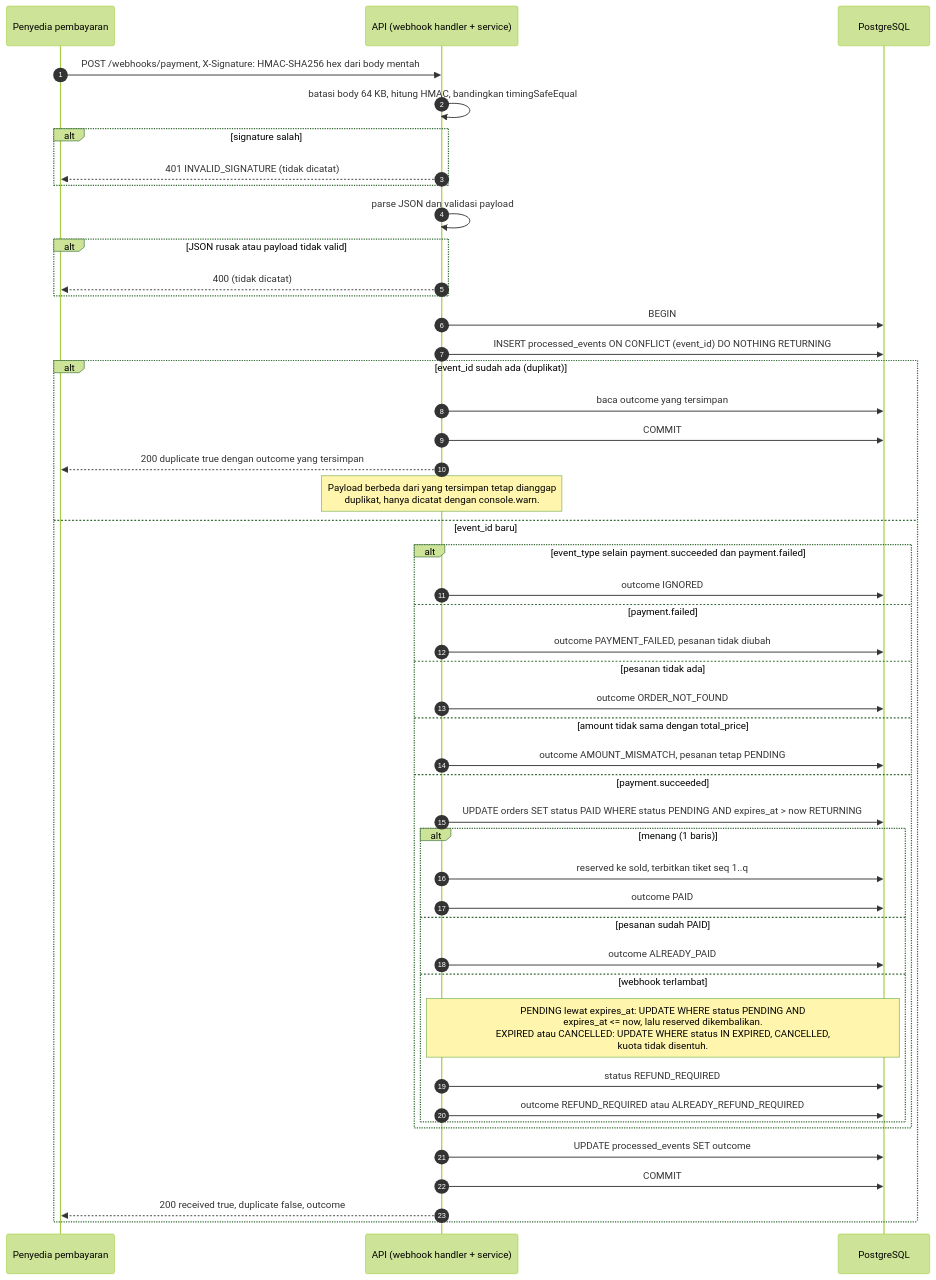
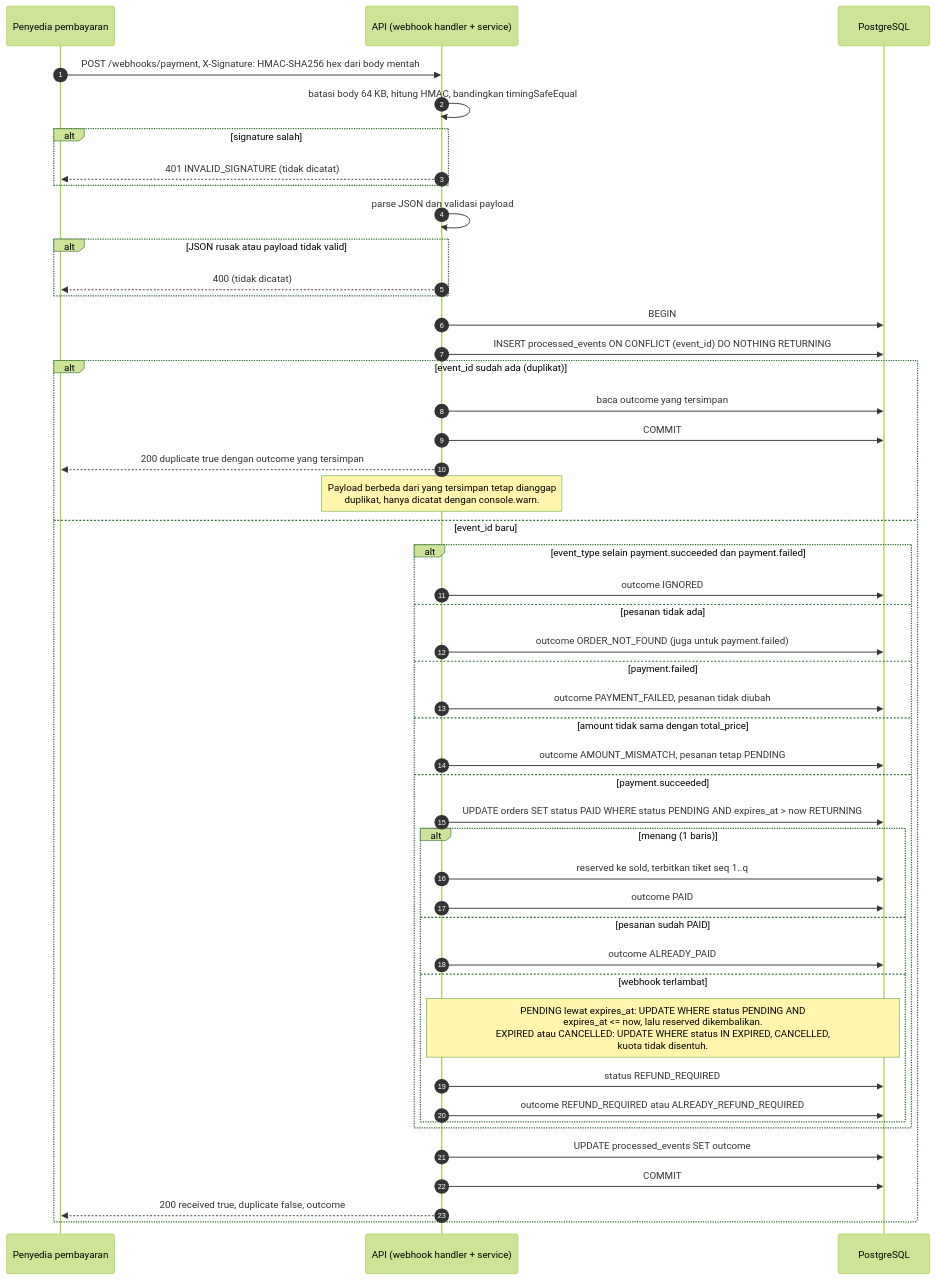
Before and after one commit to Fabverse0/quotient-ticketing: the diagram in docs/diagrams/webhook-sequence.md, drawn with Mermaid (forest theme). The commit also changed other lines of this file, not shown here.

Commit message:
docs(diagrams): check the order before payment.failed in the webhook sequence, as the code does

````diff
--- a/docs/diagrams/webhook-sequence.md
+++ b/docs/diagrams/webhook-sequence.md
@@ -5,51 +5,51 @@
 ```mermaid
 sequenceDiagram
     autonumber
     participant P as Penyedia pembayaran
     participant API as API (webhook handler + service)
     participant DB as PostgreSQL
 
     P->>API: POST /webhooks/payment, X-Signature: HMAC-SHA256 hex dari body mentah
     API->>API: batasi body 64 KB, hitung HMAC, bandingkan timingSafeEqual
     alt signature salah
         API-->>P: 401 INVALID_SIGNATURE (tidak dicatat)
     end
     API->>API: parse JSON dan validasi payload
     alt JSON rusak atau payload tidak valid
         API-->>P: 400 (tidak dicatat)
     end
     API->>DB: BEGIN
     API->>DB: INSERT processed_events ON CONFLICT (event_id) DO NOTHING RETURNING
 
     alt event_id sudah ada (duplikat)
         API->>DB: baca outcome yang tersimpan
         API->>DB: COMMIT
         API-->>P: 200 duplicate true dengan outcome yang tersimpan
         Note over API: Payload berbeda dari yang tersimpan tetap dianggap<br/>duplikat, hanya dicatat dengan console.warn.
     else event_id baru
         alt event_type selain payment.succeeded dan payment.failed
             API->>DB: outcome IGNORED
+        else pesanan tidak ada
+            API->>DB: outcome ORDER_NOT_FOUND (juga untuk payment.failed)
         else payment.failed
             API->>DB: outcome PAYMENT_FAILED, pesanan tidak diubah
-        else pesanan tidak ada
-            API->>DB: outcome ORDER_NOT_FOUND
         else amount tidak sama dengan total_price
             API->>DB: outcome AMOUNT_MISMATCH, pesanan tetap PENDING
         else payment.succeeded
             API->>DB: UPDATE orders SET status PAID WHERE status PENDING AND expires_at > now RETURNING
             alt menang (1 baris)
                 API->>DB: reserved ke sold, terbitkan tiket seq 1..q
                 API->>DB: outcome PAID
             else pesanan sudah PAID
                 API->>DB: outcome ALREADY_PAID
             else webhook terlambat
                 Note over API,DB: PENDING lewat expires_at: UPDATE WHERE status PENDING AND<br/>expires_at <= now, lalu reserved dikembalikan.<br/>EXPIRED atau CANCELLED: UPDATE WHERE status IN EXPIRED, CANCELLED,<br/>kuota tidak disentuh.
                 API->>DB: status REFUND_REQUIRED
                 API->>DB: outcome REFUND_REQUIRED atau ALREADY_REFUND_REQUIRED
             end
         end
         API->>DB: UPDATE processed_events SET outcome
         API->>DB: COMMIT
         API-->>P: 200 received true, duplicate false, outcome
     end
 ```
````
